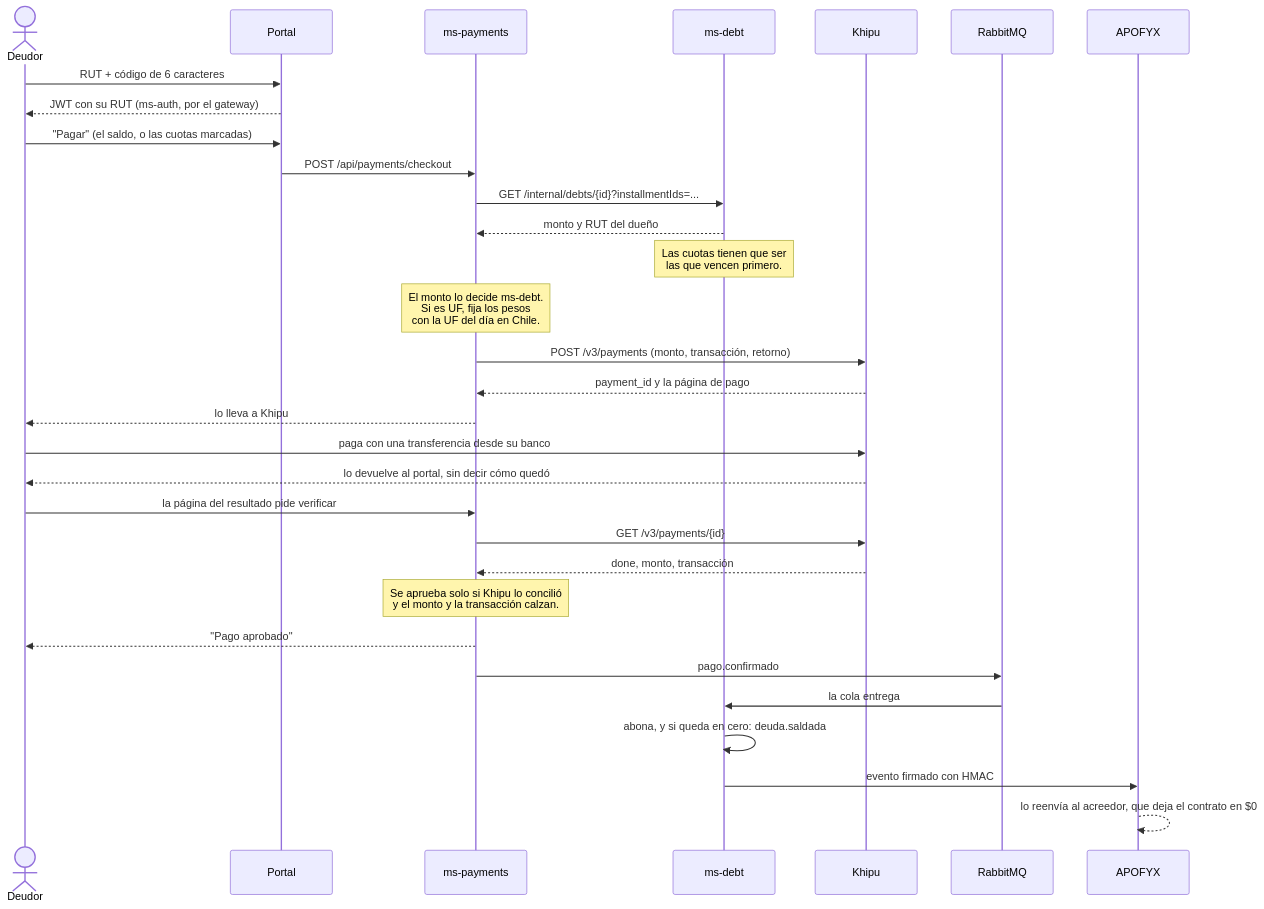
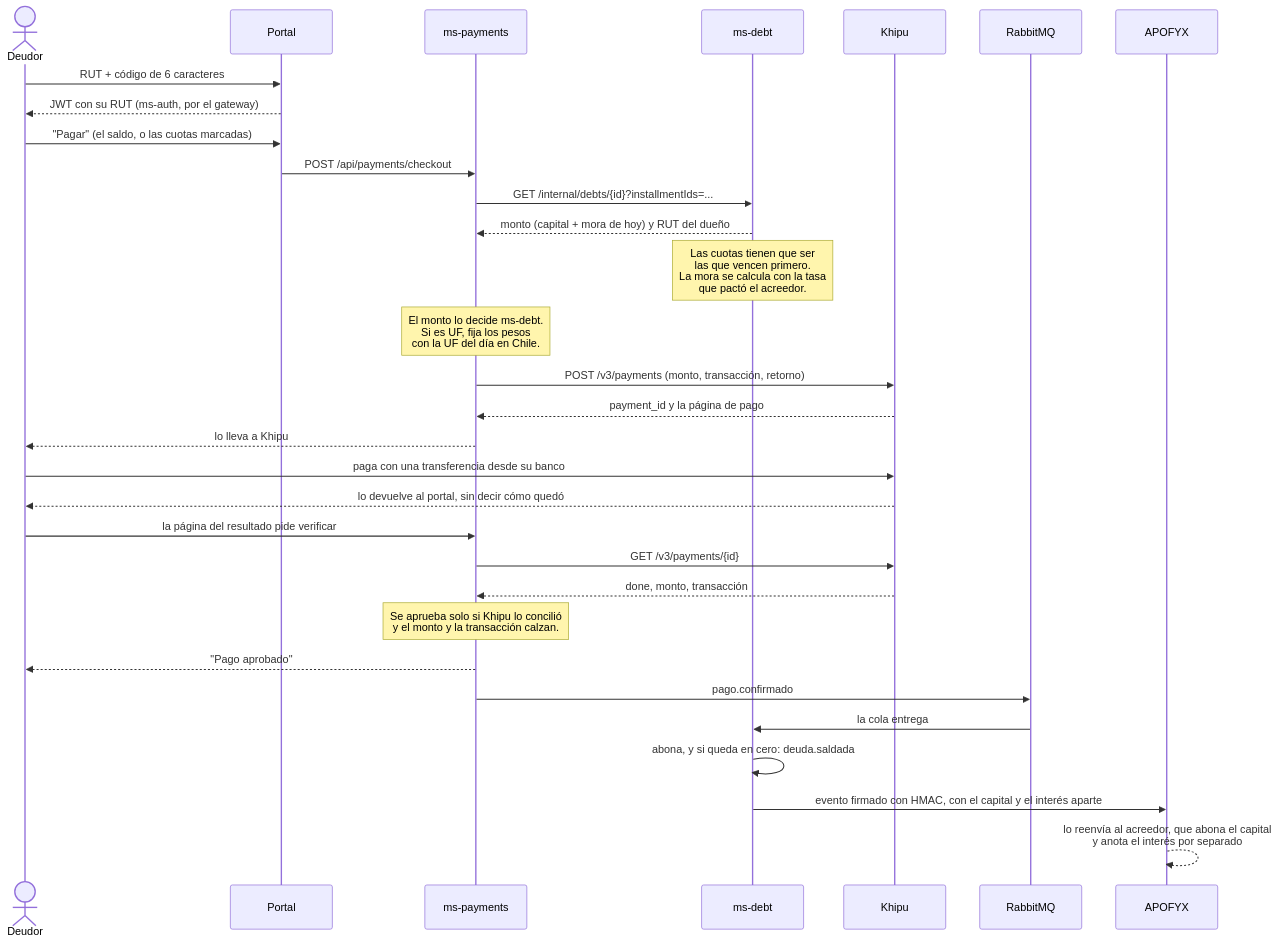
Before and after one commit to TechnicalBridge/TB_web: the sixth of 8 diagrams in README.md, drawn with Mermaid. The commit also changed other lines of this file and 71 other files, not shown here.

First line of the commit message:
Intereses por mora y en convenio, y campanas que ejecuta DataBridge

````diff
--- a/README.md
+++ b/README.md
@@ -669,37 +805,37 @@
 ```mermaid
 sequenceDiagram
     actor D as Deudor
     participant P as Portal
     participant Y as ms-payments
     participant M as ms-debt
     participant K as Khipu
     participant R as RabbitMQ
     participant X as APOFYX
 
     D->>P: RUT + código de 6 caracteres
     P-->>D: JWT con su RUT (ms-auth, por el gateway)
 
     D->>P: "Pagar" (el saldo, o las cuotas marcadas)
     P->>Y: POST /api/payments/checkout
     Y->>M: GET /internal/debts/{id}?installmentIds=...
-    M-->>Y: monto y RUT del dueño
-    Note over M: Las cuotas tienen que ser<br/>las que vencen primero.
+    M-->>Y: monto (capital + mora de hoy) y RUT del dueño
+    Note over M: Las cuotas tienen que ser<br/>las que vencen primero.<br/>La mora se calcula con la tasa<br/>que pactó el acreedor.
     Note over Y: El monto lo decide ms-debt.<br/>Si es UF, fija los pesos<br/>con la UF del día en Chile.
     Y->>K: POST /v3/payments (monto, transacción, retorno)
     K-->>Y: payment_id y la página de pago
     Y-->>D: lo lleva a Khipu
 
     D->>K: paga con una transferencia desde su banco
     K-->>D: lo devuelve al portal, sin decir cómo quedó
     D->>Y: la página del resultado pide verificar
     Y->>K: GET /v3/payments/{id}
     K-->>Y: done, monto, transacción
     Note over Y: Se aprueba solo si Khipu lo concilió<br/>y el monto y la transacción calzan.
     Y-->>D: "Pago aprobado"
 
     Y->>R: pago.confirmado
     R->>M: la cola entrega
     M->>M: abona, y si queda en cero: deuda.saldada
-    M->>X: evento firmado con HMAC
-    X-->>X: lo reenvía al acreedor, que deja el contrato en $0
+    M->>X: evento firmado con HMAC, con el capital y el interés aparte
+    X-->>X: lo reenvía al acreedor, que abona el capital<br/>y anota el interés por separado
 ```
````
